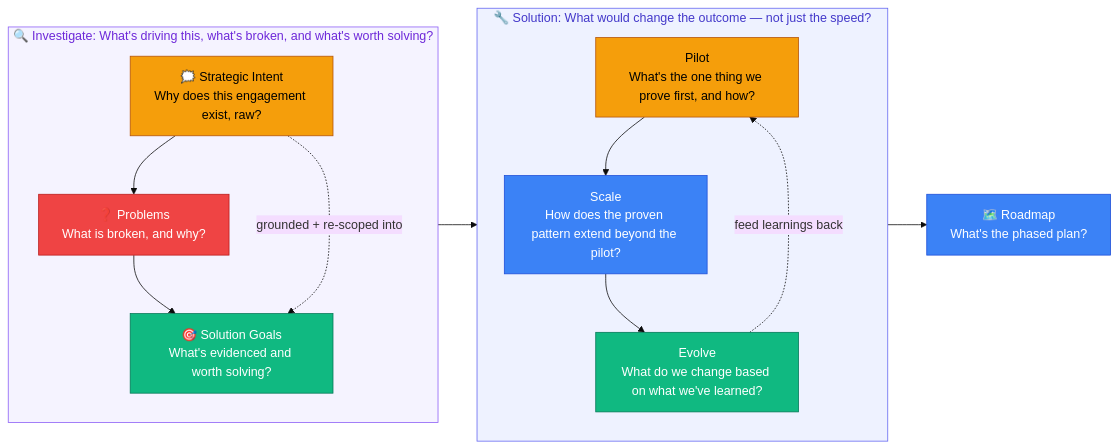
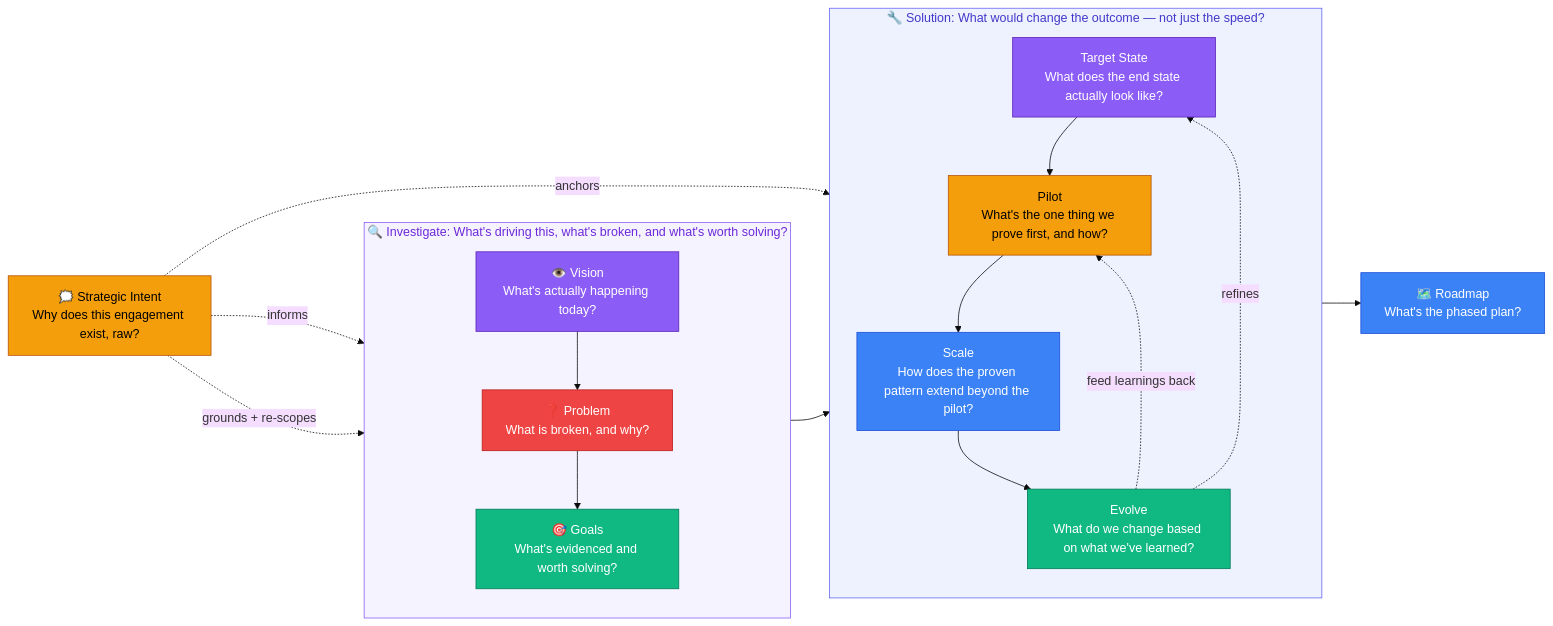
One commit to DataArt/adlc-discovery-tool changed the diagram in docs/AI SDLC/01 Process/01 Overview.md. Above: the diagram before and after it, drawn with Mermaid (base theme). The commit also changed other lines of this file and 31 other files, not shown here.

````diff
--- a/docs/AI SDLC/01 Process/01 Overview.md
+++ b/docs/AI SDLC/01 Process/01 Overview.md
@@ -15,43 +15,53 @@
 ```mermaid
 flowchart LR
+    IN["🗯️ Strategic Intent\nWhy does this engagement exist, raw?"]
+
     subgraph InvestigateGroup["🔍 Investigate: What's driving this, what's broken, and what's worth solving?"]
         direction TB
-        IN["🗯️ Strategic Intent\nWhy does this engagement exist, raw?"]
-        P["❓ Problems\nWhat is broken, and why?"]
-        SG["🎯 Solution Goals\nWhat's evidenced and worth solving?"]
-        IN --> P --> SG
-        IN -.->|"grounded + re-scoped into"| SG
+        G["🎯 Goals\nWhat's evidenced and worth solving?"]
+        V["👁️ Vision\nWhat's actually happening today?"]
+        P["❓ Problem\nWhat is broken, and why?"]
+        V --> P --> G
     end
 
     subgraph SolutionGroup["🔧 Solution: What would change the outcome — not just the speed?"]
         direction TB
+        TSt["Target State\nWhat does the end state actually look like?"]
         Pi["Pilot\nWhat's the one thing we prove first, and how?"]
         Sc["Scale\nHow does the proven pattern extend beyond the pilot?"]
         Ev["Evolve\nWhat do we change based on what we've learned?"]
-        Pi --> Sc --> Ev
+        TSt --> Pi --> Sc --> Ev
         Ev -.->|"feed learnings back"| Pi
+        Ev -.->|"refines"| TSt
     end
 
     R["🗺️ Roadmap\nWhat's the phased plan?"]
 
+    IN -.->|"informs"| V
+    IN -.->|"grounds + re-scopes"| G
+    IN -.->|"anchors"| TSt
     InvestigateGroup --> SolutionGroup --> R
 
     classDef intent fill:#F59E0B,stroke:#B45309,color:#000
+    classDef vision fill:#8B5CF6,stroke:#5B21B6,color:#fff
+    classDef problem fill:#EF4444,stroke:#B91C1C,color:#fff
     classDef goals fill:#10B981,stroke:#047857,color:#fff
-    classDef problem fill:#EF4444,stroke:#B91C1C,color:#fff
+    classDef target fill:#8B5CF6,stroke:#5B21B6,color:#fff
     classDef pilot fill:#F59E0B,stroke:#B45309,color:#000
     classDef scale fill:#3B82F6,stroke:#1D4ED8,color:#fff
     classDef evolve fill:#10B981,stroke:#047857,color:#fff
     classDef roadmap fill:#3B82F6,stroke:#1D4ED8,color:#fff
 
     class IN intent
-    class SG goals
+    class V vision
     class P problem
+    class G goals
+    class TSt target
     class Pi pilot
     class Sc scale
     class Ev evolve
     class R roadmap
 
     style InvestigateGroup fill:#F5F3FF,stroke:#8B5CF6,color:#6D28D9
     style SolutionGroup fill:#EEF2FF,stroke:#6366F1,color:#4338CA
 ```
````
